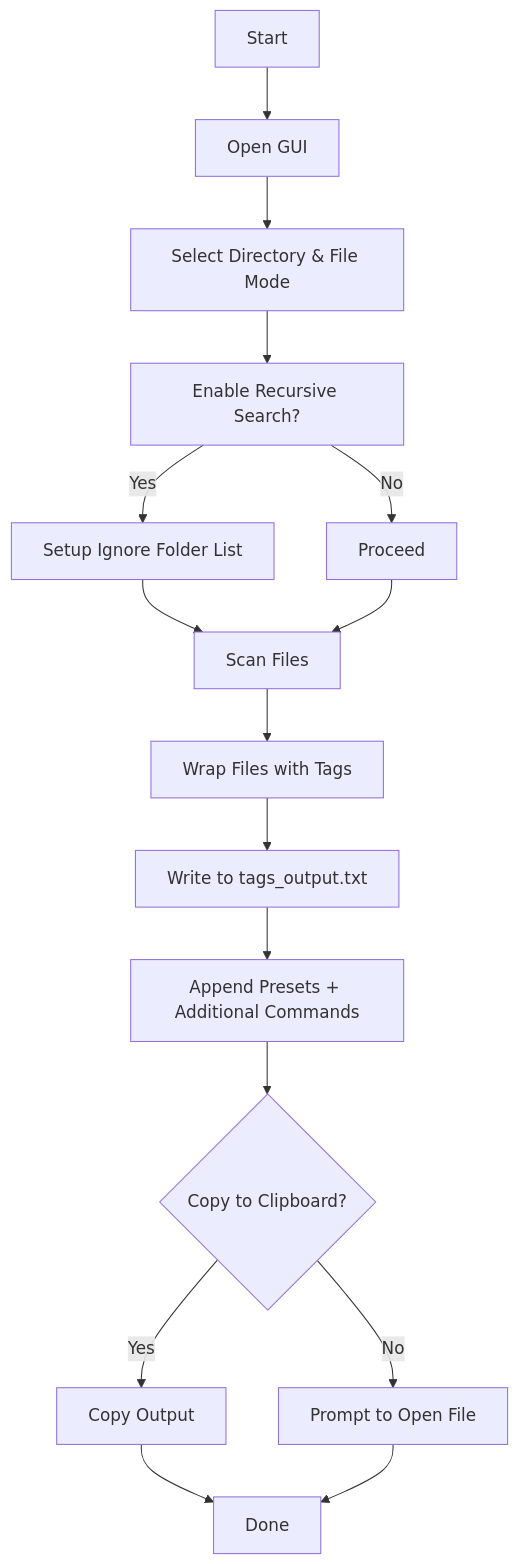
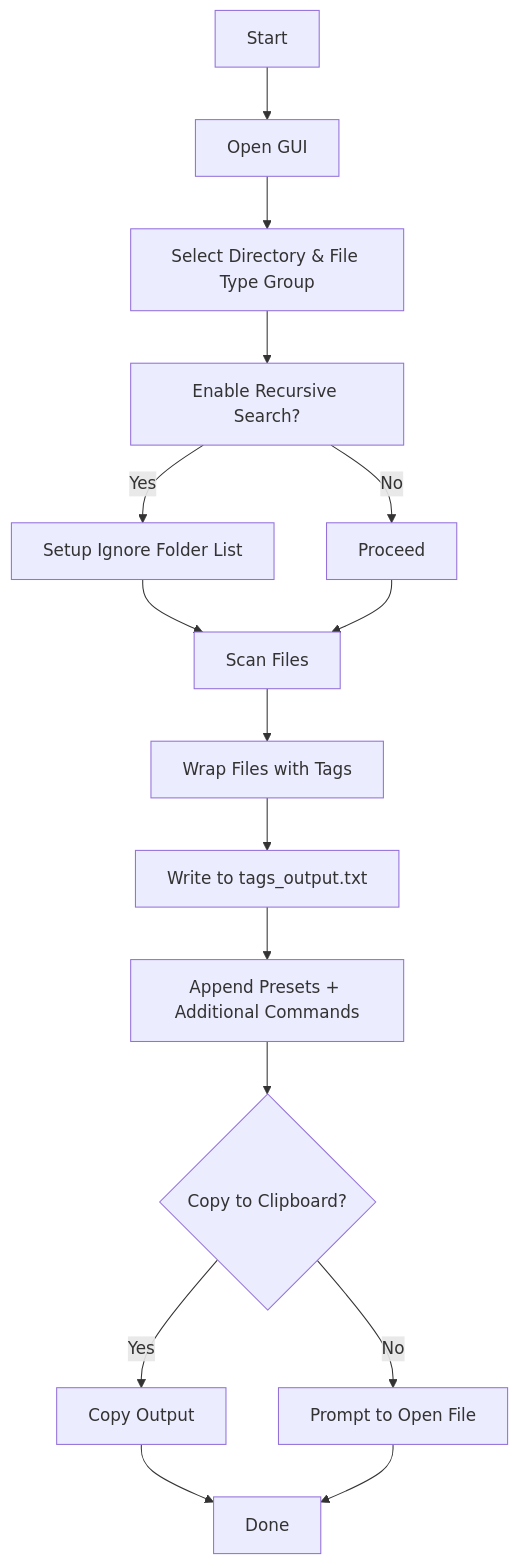
The diagram in README.md (multiplex55/code-file-wrapper), drawn with Mermaid before and after one commit. The commit also changed other lines of this file and 4 other files, not shown here.

````diff
--- a/README.md
+++ b/README.md
@@ -86,18 +86,18 @@
 ```mermaid
 graph TD;
     A[Start] --> B[Open GUI]
-    B --> C[Select Directory & File Mode]
+    B --> C[Select Directory & File Type Group]
     C --> D[Enable Recursive Search?]
     D -->|Yes| E[Setup Ignore Folder List]
     D -->|No| F[Proceed]
     E --> G[Scan Files]
     F --> G
     G --> H[Wrap Files with <RelativePath> Tags]
     H --> I[Write to tags_output.txt]
     I --> J[Append Presets + Additional Commands]
     J --> K{Copy to Clipboard?}
     K -->|Yes| L[Copy Output]
     K -->|No| M[Prompt to Open File]
     L --> N[Done]
     M --> N
 ```
````
